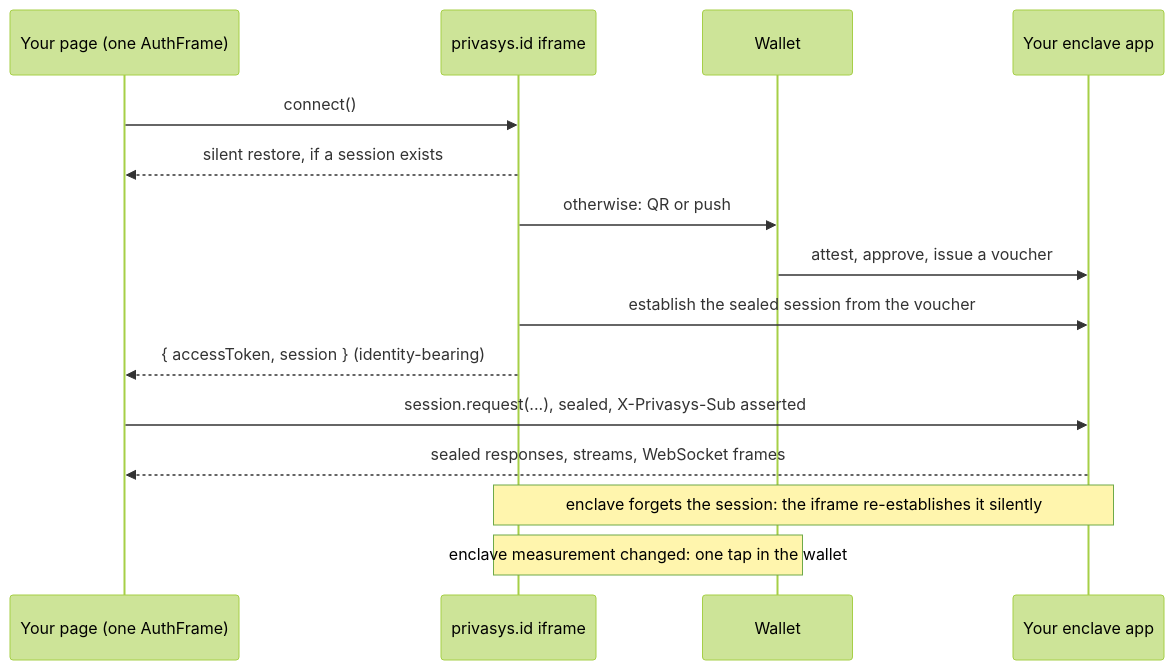
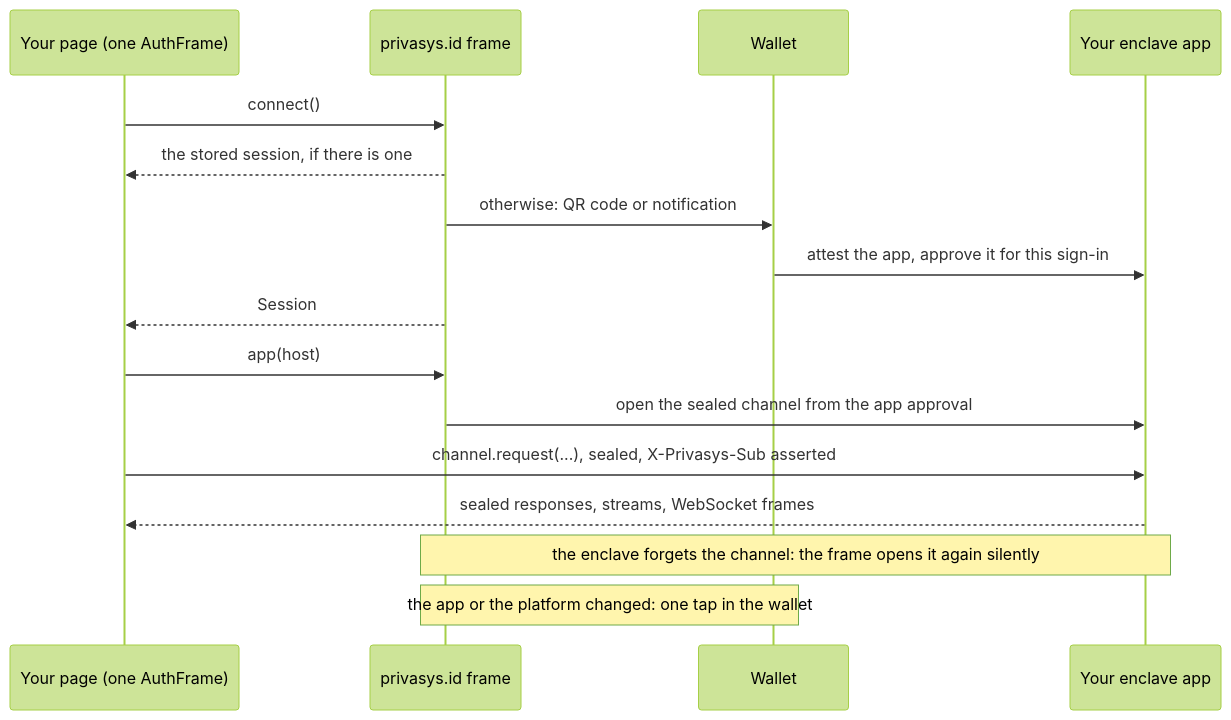
The diagram in apps/fronts/docs.privasys.org/content/docs/tutorials/(identity)/integrate-auth-sdk.mdx (Privasys/websites), drawn with Mermaid (forest theme) before and after one commit. The commit also changed other lines of this file and 9 other files, not shown here.

First line of the commit message:
docs(docs.privasys.org): One AuthFrame per page, one session per site, app(host) for every enclave

````diff
--- a/apps/fronts/docs.privasys.org/content/docs/tutorials/(identity)/integrate-auth-sdk.mdx
+++ b/apps/fronts/docs.privasys.org/content/docs/tutorials/(identity)/integrate-auth-sdk.mdx
@@ -16,18 +16,19 @@
 ```mermaid
 sequenceDiagram
   participant P as Your page (one AuthFrame)
-  participant I as privasys.id iframe
+  participant I as privasys.id frame
   participant W as Wallet
   participant E as Your enclave app
 
   P->>I: connect()
-  I-->>P: silent restore, if a session exists
-  I->>W: otherwise: QR or push
-  W->>E: attest, approve, issue a voucher
-  I->>E: establish the sealed session from the voucher
-  I-->>P: { accessToken, session } (identity-bearing)
-  P->>E: session.request(...), sealed, X-Privasys-Sub asserted
+  I-->>P: the stored session, if there is one
+  I->>W: otherwise: QR code or notification
+  W->>E: attest the app, approve it for this sign-in
+  I-->>P: Session
+  P->>I: app(host)
+  I->>E: open the sealed channel from the app approval
+  P->>E: channel.request(...), sealed, X-Privasys-Sub asserted
   E-->>P: sealed responses, streams, WebSocket frames
-  Note over I,E: enclave forgets the session: the iframe re-establishes it silently
-  Note over I,W: enclave measurement changed: one tap in the wallet
+  Note over I,E: the enclave forgets the channel: the frame opens it again silently
+  Note over I,W: the app or the platform changed: one tap in the wallet
 ```
````
